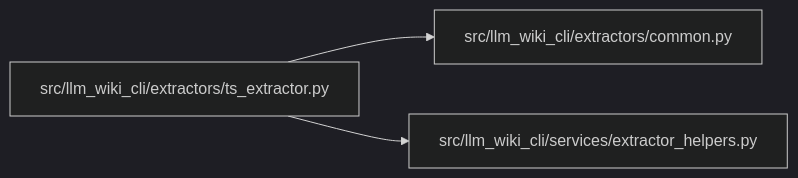
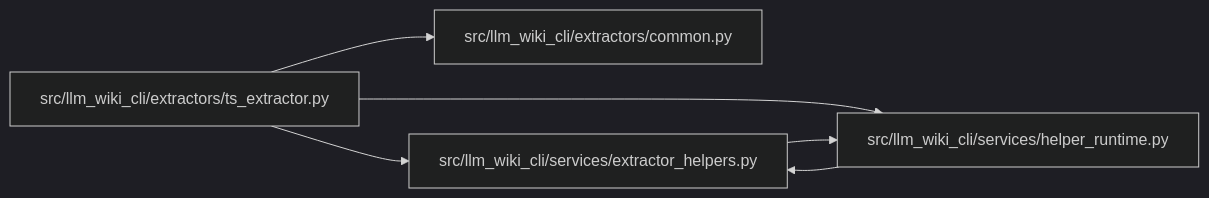
Before and after one commit to Denissvgn/python-wiki-llm: the diagram in docs/llm_wiki/modules/ts_extractor.md, drawn with Mermaid (dark theme). The commit also changed other lines of this file and 761 other files, not shown here.

Commit message:
docs: sync the project wiki with the helper and release improvements

````diff
--- a/docs/llm_wiki/modules/ts_extractor.md
+++ b/docs/llm_wiki/modules/ts_extractor.md
@@ -40,11 +41,16 @@
 ```mermaid
 flowchart LR
     n0["src/llm_wiki_cli/extractors/common.py"]
     n1["src/llm_wiki_cli/extractors/ts_extractor.py"]
     n2["src/llm_wiki_cli/services/extractor_helpers.py"]
+    n3["src/llm_wiki_cli/services/helper_runtime.py"]
     n1 --> n0
     n1 --> n2
+    n1 --> n3
+    n2 --> n3
+    n3 --> n2
     click n0 "../modules/common.md"
     click n1 "../modules/ts_extractor.md"
     click n2 "../modules/extractor_helpers.md"
+    click n3 "../modules/helper_runtime.md"
 ```
````
